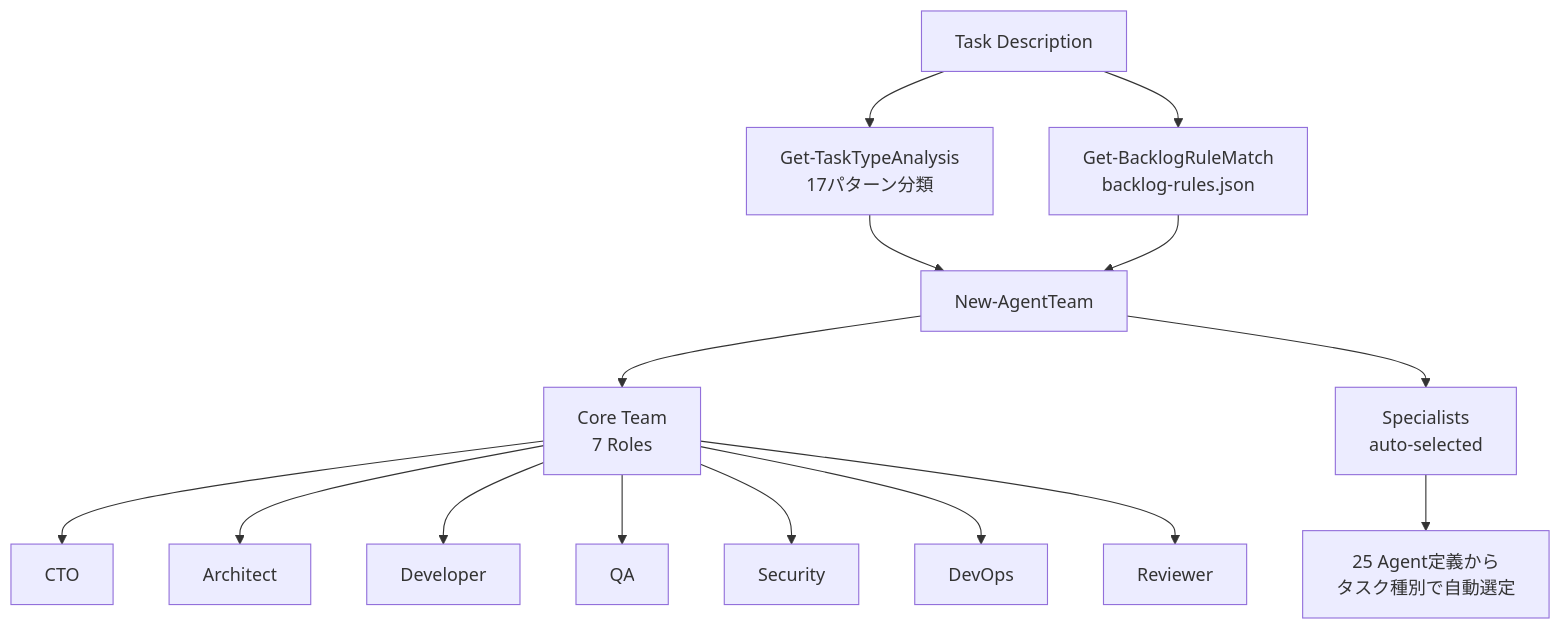
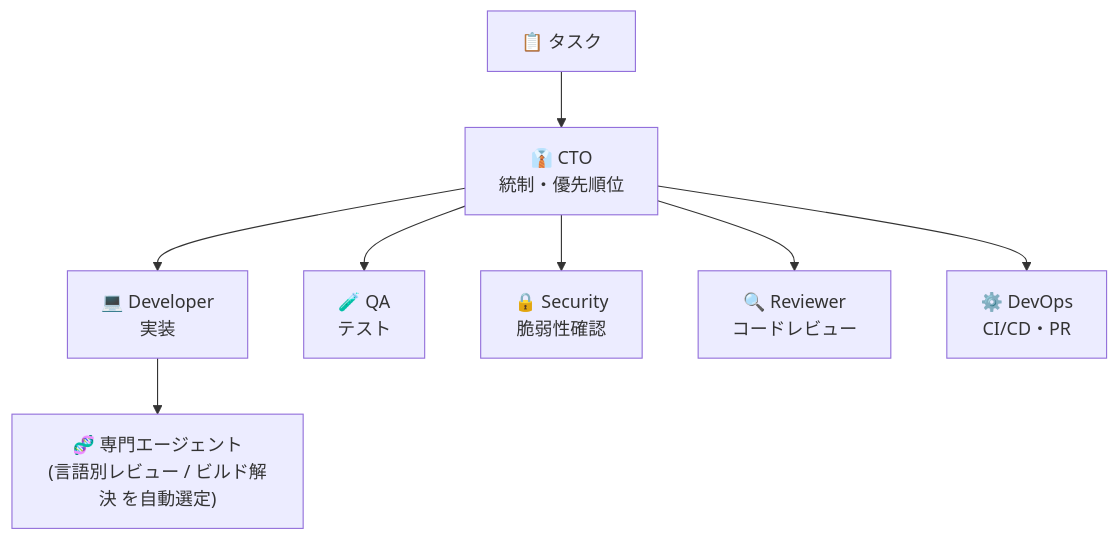
One commit to Kensan196948G/ClaudeCLI-CodexCLI-CopilotCLI-StartUpTools-New changed the fifth of 5 diagrams in README.md. Above: the diagram before and after it, drawn with Mermaid. The commit also changed other lines of this file, not shown here.

First line of the commit message:
docs(readme): 非エンジニア向けに全面刷新 — アイコン+Mermaid図多用・Linux最新版反映

````diff
--- a/README.md
+++ b/README.md
@@ -264,20 +270,10 @@
 ```mermaid
 flowchart TD
-    Task["Task Description"] --> Analyze["Get-TaskTypeAnalysis<br/>17パターン分類"]
-    Task --> Rules["Get-BacklogRuleMatch<br/>backlog-rules.json"]
-    Analyze --> Team["New-AgentTeam"]
-    Rules --> Team
-
-    Team --> Core["Core Team<br/>7 Roles"]
-    Team --> Spec["Specialists<br/>auto-selected"]
-
-    Core --> CTO["CTO"]
-    Core --> Arch["Architect"]
-    Core --> Dev["Developer"]
-    Core --> QA["QA"]
-    Core --> Sec["Security"]
-    Core --> Ops["DevOps"]
-    Core --> Rev["Reviewer"]
-
-    Spec --> S1["25 Agent定義から<br/>タスク種別で自動選定"]
+    Task["📋 タスク"] --> CTO["👔 CTO<br/>統制・優先順位"]
+    CTO --> Dev["💻 Developer<br/>実装"]
+    CTO --> QA["🧪 QA<br/>テスト"]
+    CTO --> Sec["🔒 Security<br/>脆弱性確認"]
+    CTO --> Rev["🔍 Reviewer<br/>コードレビュー"]
+    CTO --> Ops["⚙️ DevOps<br/>CI/CD・PR"]
+    Dev --> Spec["🧬 専門エージェント<br/>(言語別レビュー / ビルド解決 を自動選定)"]
 ```
````
